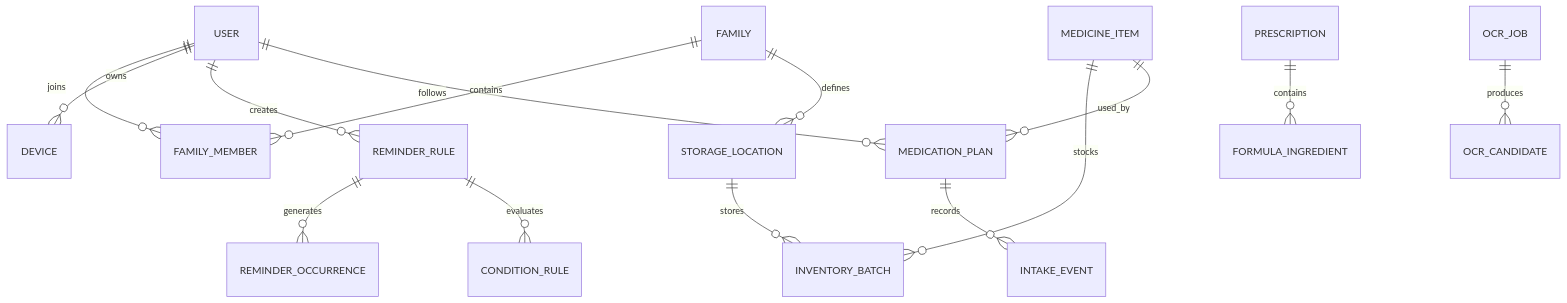
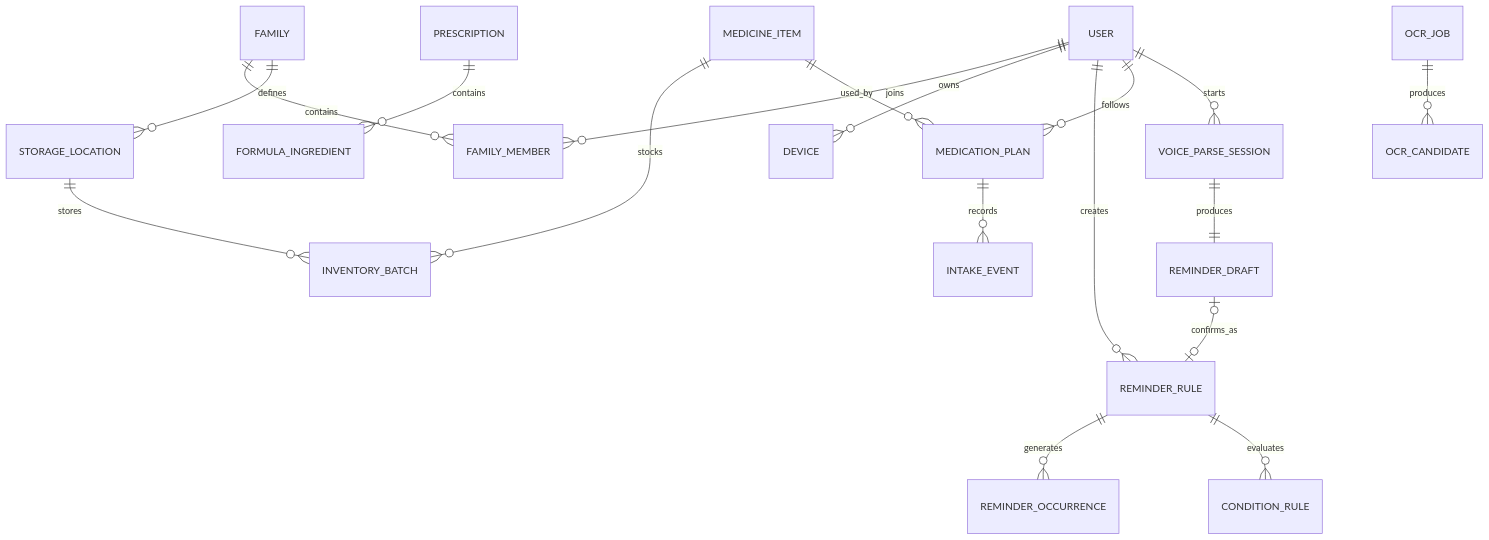
One commit to lewyoung1989-lang/smart-reminder changed the second of 5 diagrams in docs/superpowers/specs/2026-08-03-smart-life-reminder-design.md. Above: the diagram before and after it, drawn with Mermaid. The commit also changed other lines of this file and 2 other files, not shown here.

Commit message:
docs: add voice-first reminder architecture

````diff
--- a/docs/superpowers/specs/2026-08-03-smart-life-reminder-design.md
+++ b/docs/superpowers/specs/2026-08-03-smart-life-reminder-design.md
@@ -297,17 +383,20 @@
 ```mermaid
 erDiagram
   USER ||--o{ FAMILY_MEMBER : joins
   FAMILY ||--o{ FAMILY_MEMBER : contains
   USER ||--o{ DEVICE : owns
   FAMILY ||--o{ STORAGE_LOCATION : defines
   USER ||--o{ REMINDER_RULE : creates
   REMINDER_RULE ||--o{ REMINDER_OCCURRENCE : generates
   REMINDER_RULE ||--o{ CONDITION_RULE : evaluates
   MEDICINE_ITEM ||--o{ INVENTORY_BATCH : stocks
   STORAGE_LOCATION ||--o{ INVENTORY_BATCH : stores
   USER ||--o{ MEDICATION_PLAN : follows
   MEDICINE_ITEM ||--o{ MEDICATION_PLAN : used_by
   MEDICATION_PLAN ||--o{ INTAKE_EVENT : records
   PRESCRIPTION ||--o{ FORMULA_INGREDIENT : contains
   OCR_JOB ||--o{ OCR_CANDIDATE : produces
+  USER ||--o{ VOICE_PARSE_SESSION : starts
+  VOICE_PARSE_SESSION ||--|| REMINDER_DRAFT : produces
+  REMINDER_DRAFT o|--o| REMINDER_RULE : confirms_as
 ```
````
